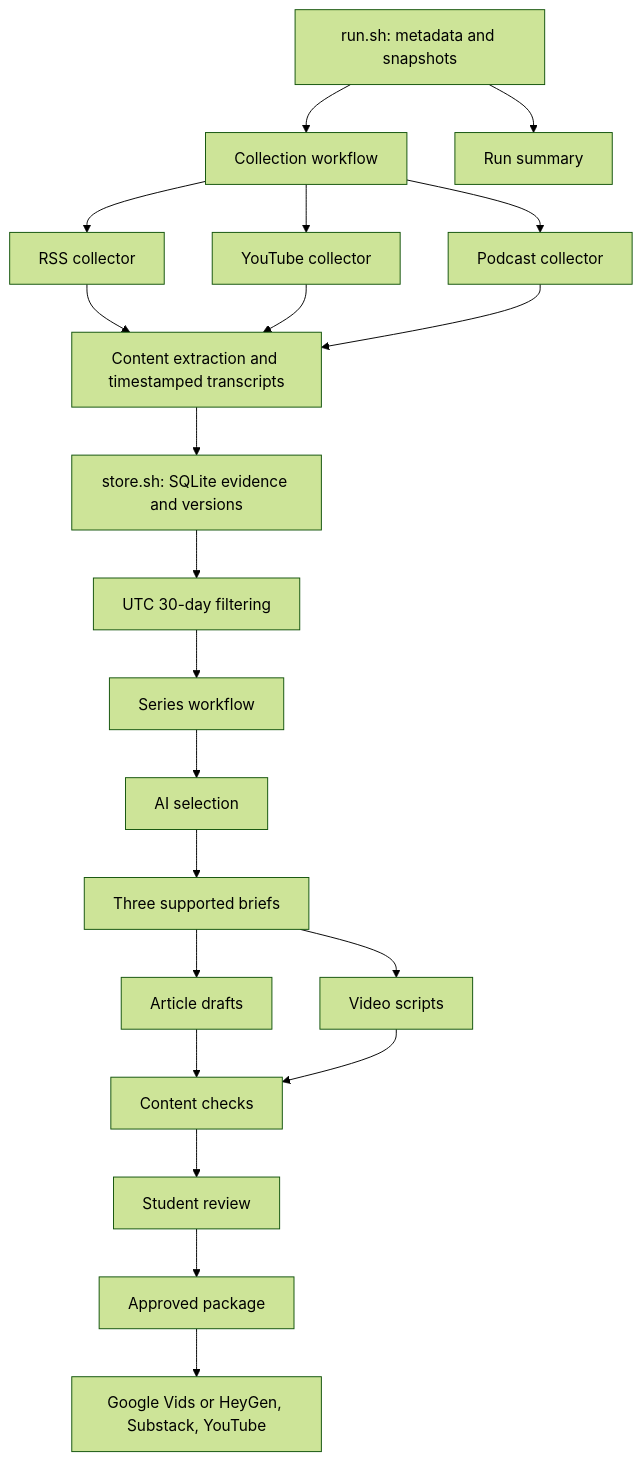
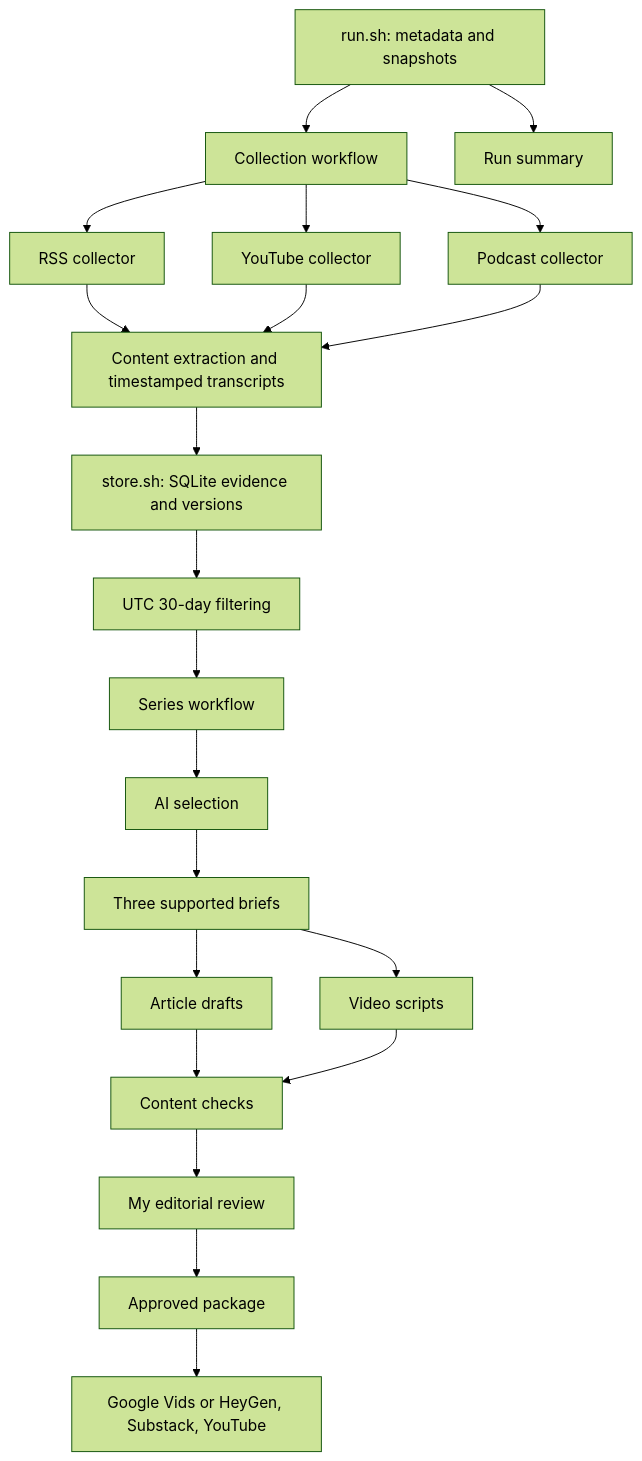
One commit to diaomj668/1.125ps04 changed the diagram in SUBMISSION.md. Above: the diagram before and after it, drawn with Mermaid (forest theme). The commit also changed other lines of this file, not shown here.

Commit message:
Use first-person voice in student submission

````diff
--- a/SUBMISSION.md
+++ b/SUBMISSION.md
@@ -47,23 +47,23 @@
 ```mermaid
 flowchart TD
   R[run.sh: metadata and snapshots] --> C[Collection workflow]
   C --> F[RSS collector]
   C --> Y[YouTube collector]
   C --> P[Podcast collector]
   F --> E[Content extraction and timestamped transcripts]
   Y --> E
   P --> E
   E --> D[store.sh: SQLite evidence and versions]
   D --> W[UTC 30-day filtering]
   W --> S[Series workflow]
   S --> A[AI selection]
   A --> B[Three supported briefs]
   B --> N[Article drafts]
   B --> V[Video scripts]
   N --> K[Content checks]
   V --> K
-  K --> H[Student review]
+  K --> H[My editorial review]
   H --> X[Approved package]
   X --> M[Google Vids or HeyGen, Substack, YouTube]
   R --> T[Run summary]
 ```
````
